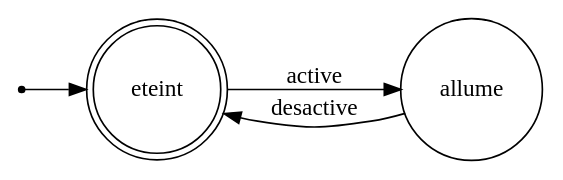
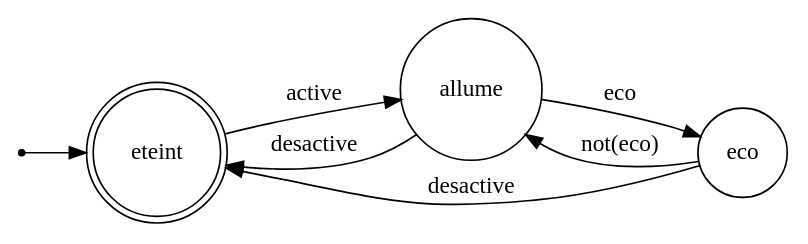
Before and after one commit to mineosx29/wasm-as-ensta: the diagram in Compilator/code.gv, drawn with Graphviz. The commit also changed 25 other files, not shown here.

```diff
--- a/Compilator/code.gv
+++ b/Compilator/code.gv
@@ -1,11 +1,15 @@
 digraph lampe{
 rankdir=LR;
 size="8,5"
 node [shape = doublecircle];eteint;
 node [shape = point ]; qi
 node [shape = circle];
 qi -> eteint;
 node [shape = circle];allume;
+node [shape = circle];eco;
 eteint -> allume [ label = "active"];
 allume -> eteint [ label = "desactive"];
+allume -> eco [ label = "eco"];
+eco -> eteint [ label = "desactive"];
+eco -> allume [ label = "not(eco)"];
 }
```
